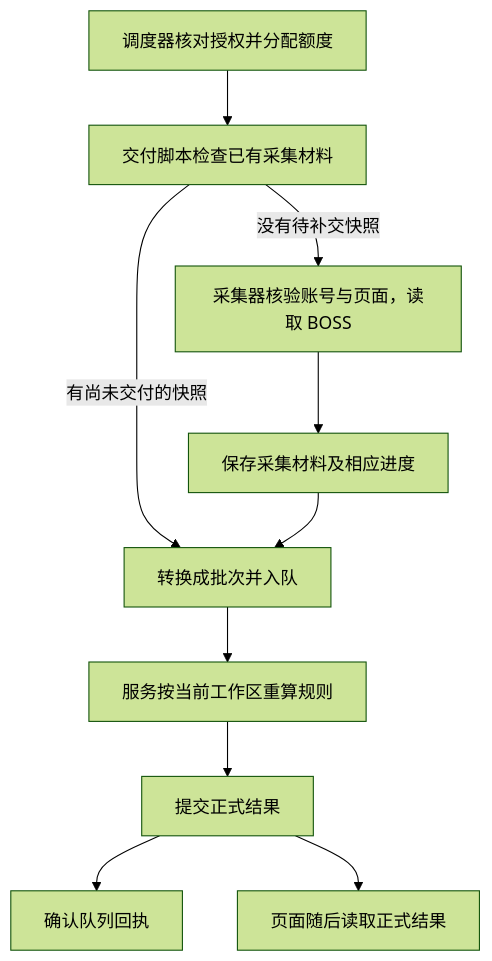
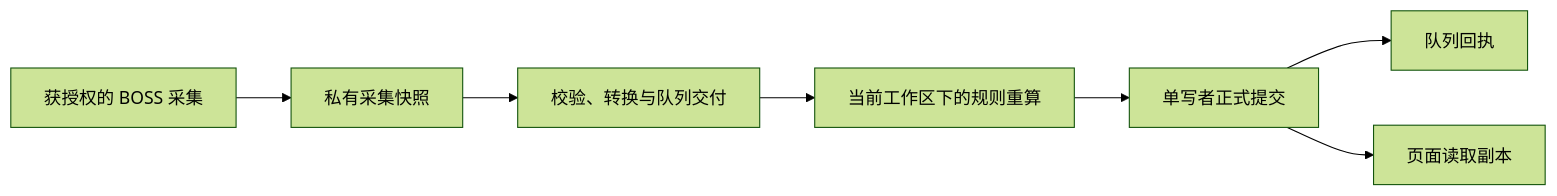
Before and after one commit to codeongit/job-tracker: the third of 3 diagrams in docs/ARCHITECTURE.md, drawn with Mermaid (forest theme). The commit also changed other lines of this file and 15 other files, not shown here.

````diff
--- a/docs/ARCHITECTURE.md
+++ b/docs/ARCHITECTURE.md
@@ -132,12 +132,9 @@
 ```mermaid
-flowchart TD
-    R[调度器核对授权并分配额度] --> P[交付脚本检查已有采集材料]
-    P -->|有尚未交付的快照| Q[转换成批次并入队]
-    P -->|没有待补交快照| C[采集器核验账号与页面，读取 BOSS]
-    C --> F[保存采集材料及相应进度]
-    F --> Q
-    Q --> A[服务按当前工作区重算规则]
-    A --> S[提交正式结果]
-    S --> K[确认队列回执]
-    S --> V[页面随后读取正式结果]
+flowchart LR
+    C[获授权的 BOSS 采集] --> F[私有采集快照]
+    F --> P[校验、转换与队列交付]
+    P --> A[当前工作区下的规则重算]
+    A --> S[单写者正式提交]
+    S --> R[队列回执]
+    S --> V[页面读取副本]
 ```
````
